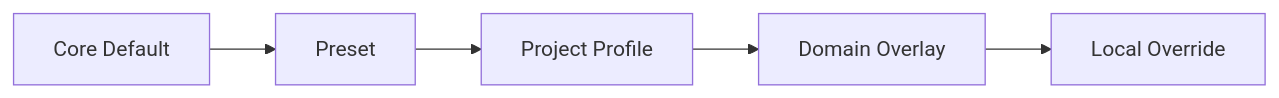
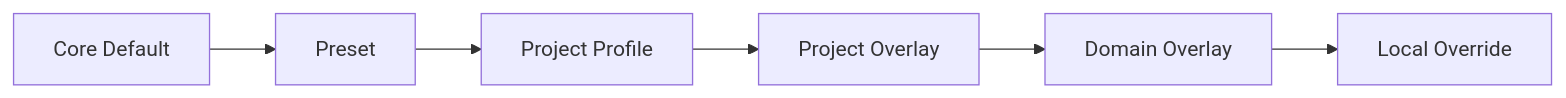
Before and after one commit to Seunghyun0606/SDLC_DDD_SDD: the first of 2 diagrams in sdlc/guides/04_HARNESS_커스터마이징가이드.md, drawn with Mermaid. The commit also changed other lines of this file and 43 other files, not shown here.

````diff
--- a/sdlc/guides/04_HARNESS_커스터마이징가이드.md
+++ b/sdlc/guides/04_HARNESS_커스터마이징가이드.md
@@ -7,4 +7,4 @@
 ```mermaid
 flowchart LR
-    C["Core Default"] --> P["Preset"] --> R["Project Profile"] --> D["Domain Overlay"] --> L["Local Override"]
+    C["Core Default"] --> P["Preset"] --> R["Project Profile"] --> O["Project Overlay"] --> D["Domain Overlay"] --> L["Local Override"]
 ```
````
